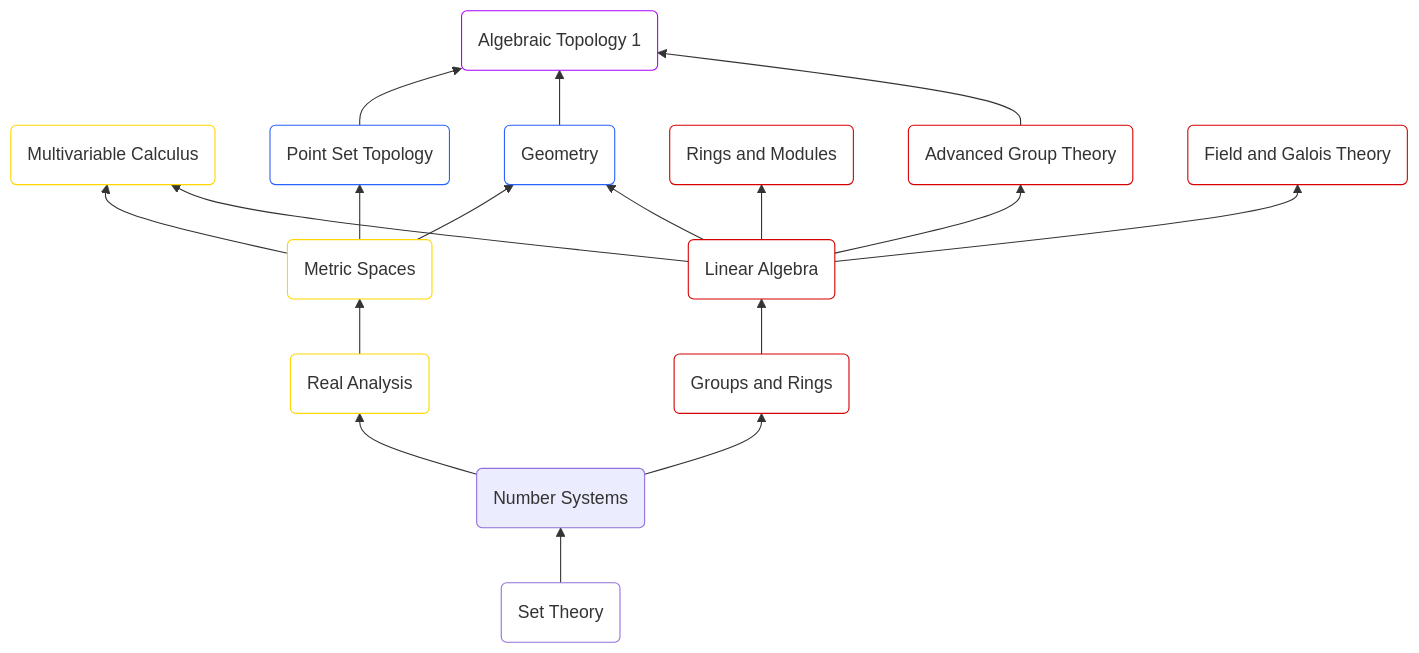
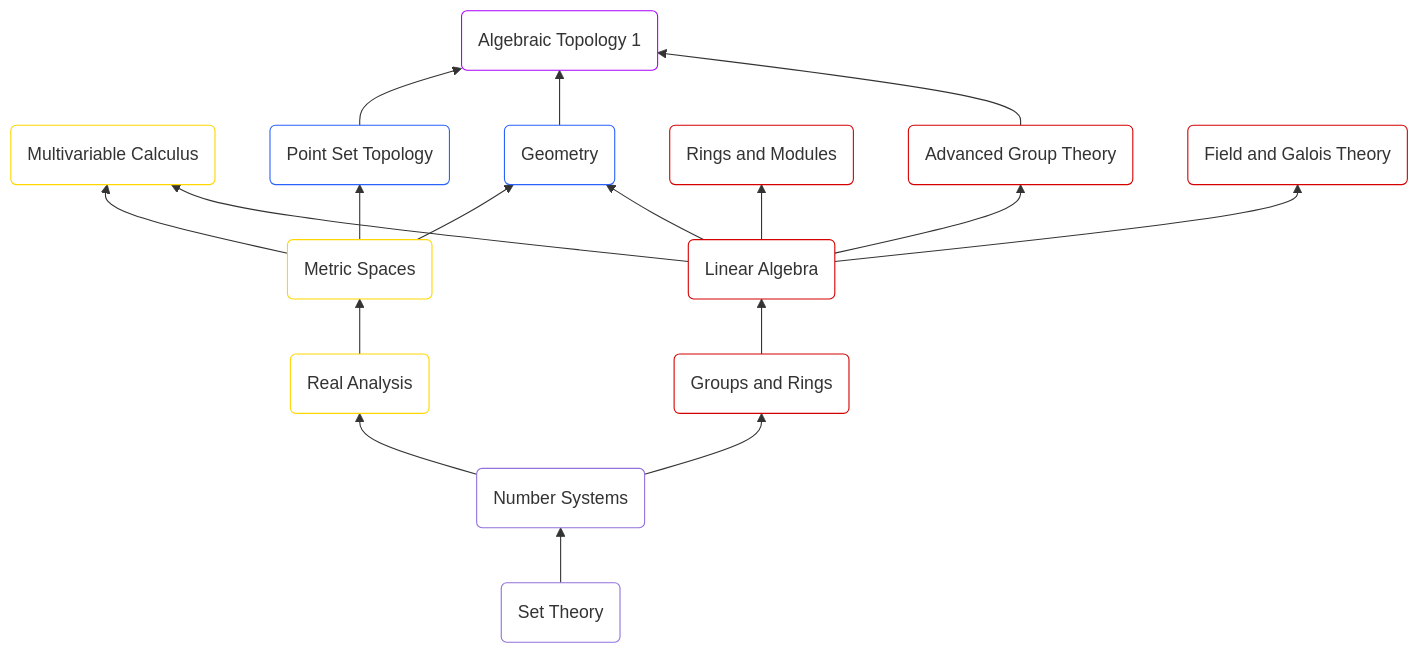
One commit to Labix-Liu/Notes changed the diagram in README.md. Above: the diagram before and after it, drawn with Mermaid.

````diff
--- a/README.md
+++ b/README.md
@@ -1,39 +1,42 @@
 ```mermaid
 flowchart BT
     A("Set Theory") --> B("Number Systems")
     B --> C("Real Analysis") & D("Groups and Rings")
     C --> E("Metric Spaces")
     D --> F("Linear Algebra")
     E --> G("Multivariable Calculus") & H("Point Set Topology") & I("Geometry")
     F --> G & I & J("Rings and Modules") & K("Advanced Group Theory") & L("Field and Galois Theory")
     H --> M("Algebraic Topology 1")
     I --> M
     K --> M
 
      A:::None
+     B:::None
      C:::Analysis
      D:::Algebra
      E:::Analysis
      F:::Algebra
      G:::Analysis
      H:::Class_01
      H:::TopologyGeometry
      H:::TopGeo
      I:::Class_01
      I:::TopologyGeometry
      I:::TopGeo
      J:::Algebra
      K:::Algebra
      L:::Algebra
      M:::AlgTopGeo
     classDef AlgTopGeo stroke:#AA00FF, fill:#FFFFFF
     classDef TopGeo stroke:#2962FF, fill:#FFFFFF
     classDef Analysis stroke:#FFD600, fill:#FFFFFF
     classDef Algebra stroke:#D50000, fill:#FFFFFF
     classDef None fill:#FFFFFF
+    click A "https://github.com/Labix-Liu/Notes/blob/main/Sets%20and%20Numbers/Set%20Theory/Set%20Theory.pdf"
+    click D "Algebra/Groups and Rings/Groups and Rings.pdf"
 
-    click A "https://github.com/Labix-Liu/Notes/blob/main/Sets%20and%20Numbers/Set%20Theory/Set%20Theory.pdf"
+
 
 
 
 ```
````
